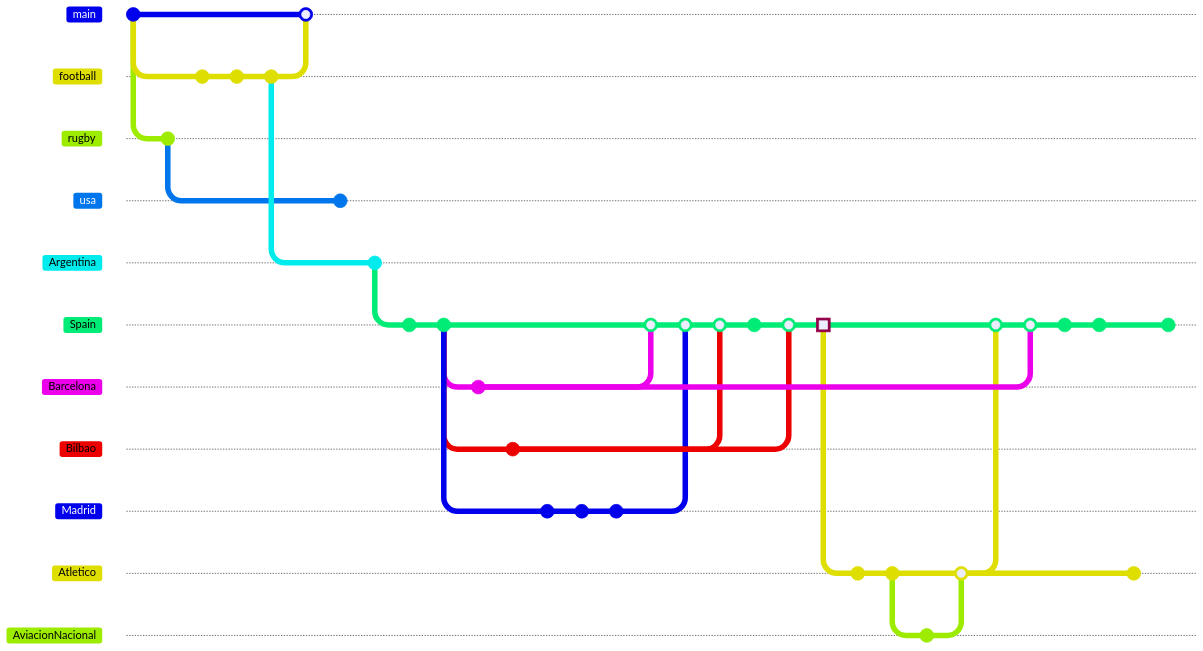
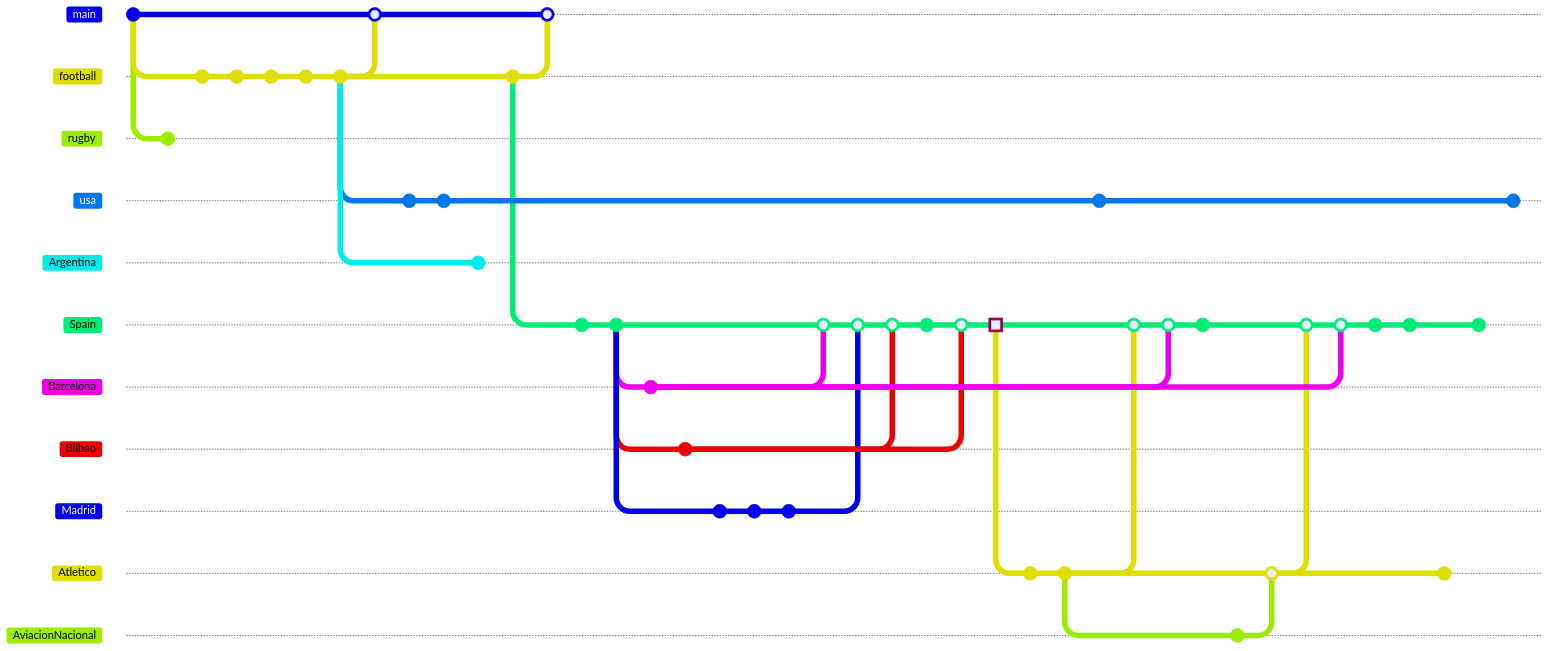
One commit to sarnobat/mermaid changed the first of 8 diagrams in README.md. Above: the diagram before and after it, drawn with Mermaid. Commit ids are hidden.

````diff
--- a/README.md
+++ b/README.md
@@ -14,64 +14,81 @@
 ```mermaid
 gitGraph:
     commit id: "begin"
     branch football
     checkout football
     branch rugby
     checkout rugby
     commit id: "1845 Rugby school football rules published"
     checkout football
     commit id: "1847 Eton school football rules published"
+    commit id: "1859 Australian rules football"
+    commit id: "1858 Sheffield rules football"
     commit id: "1863 October FA rules created"
     commit id: "1863 FA Founded in London"
+    branch usa
     checkout main
     merge football
     checkout football
     checkout rugby
-    branch usa
     checkout usa
+    commit id: "1866 first association football match in USA"
     commit id: "1880 USA rugby cut from 15 to 11 players (American football)"
     checkout football
     branch Argentina
     commit id: "1887 First argentine club founded"
+    checkout football
+    commit id: "1887 Gaelic football rules drawn pu in Ireland"
+    checkout main
+    merge football
+    checkout football
     branch Spain
     commit id: "1889 December 23 Recreativo Huelva founded"
     commit id: "1890 Sevilla founded"
     branch Barcelona
     checkout Barcelona
     commit id: "1898 Barcelona founded"
     checkout Spain
     branch Bilbao
     checkout Bilbao
     commit id: "1898 July 18 Bilbao founded"
     checkout Spain
     branch Madrid
     commit "club 1 founded"
     commit "club 2 founded"
     commit "1902 merged clubs"
     checkout Bilbao
     checkout Spain
     merge Barcelona
     merge Madrid
     merge Bilbao
     commit id: "1902 Copa"
     merge Bilbao
     commit id: "1903 Copa de la Coronacion" type: HIGHLIGHT
     branch Atletico
     checkout Atletico
     commit id: "Attended by Bilbao students in Madrid"
     commit id: "1908 Stripes vs Real"
+    checkout usa
+    commit id: "1921 NASL founded"
+    checkout Spain
+    merge Atletico
+    merge Barcelona
+    commit id: "1926 Copa Del Rey final"
+    checkout Atletico
     branch AviacionNacional
     checkout AviacionNacional
     commit id: "1938 Aviacion Nacional founded in Salamanca"
     checkout Atletico
     merge AviacionNacional
     checkout Spain
     merge Atletico
     merge Barcelona
     commit id: "1921 Copa del Rey final"
     commit id: "1928 Campeonato Nacional (League) founded"
     checkout Atletico
     commit id: "1940 Atletico Aviacion win last Madrid regional league"
     checkout Spain
     commit id: "1940 Regional leagues defuct"
+    checkout usa
+    commit id: "1967 NASL founded"
 ```
````
